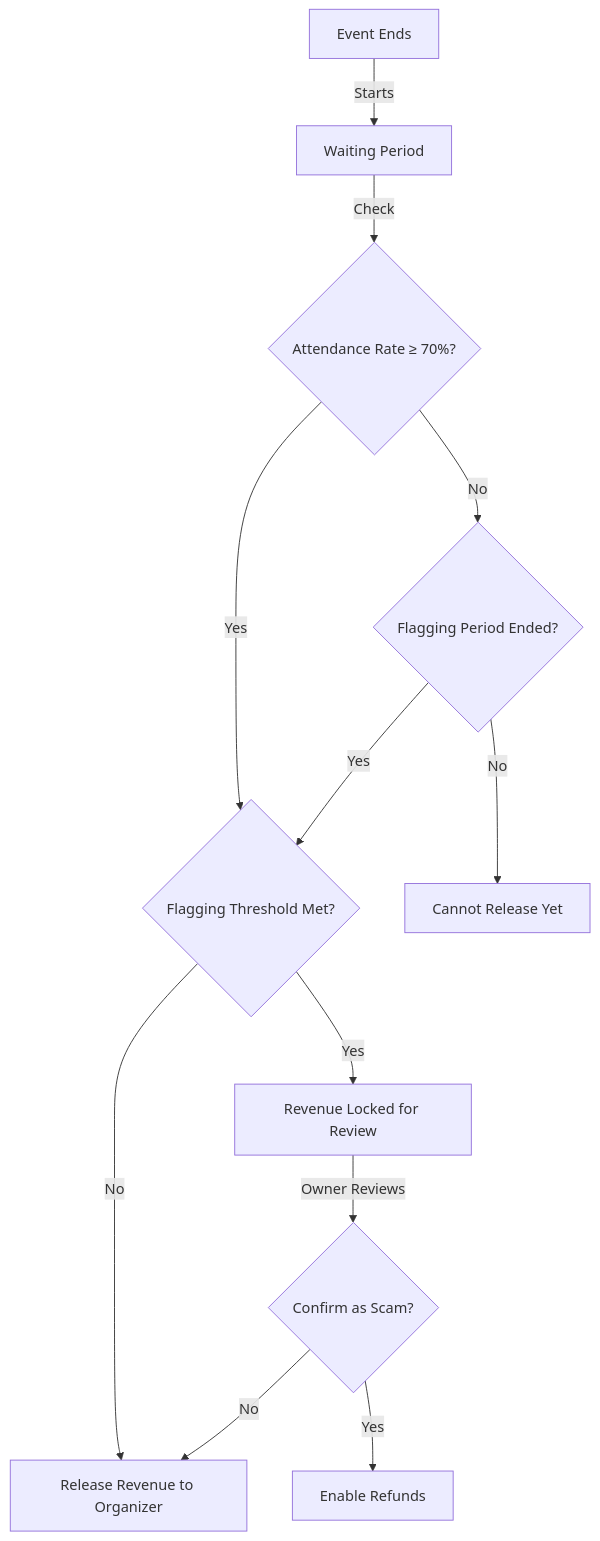
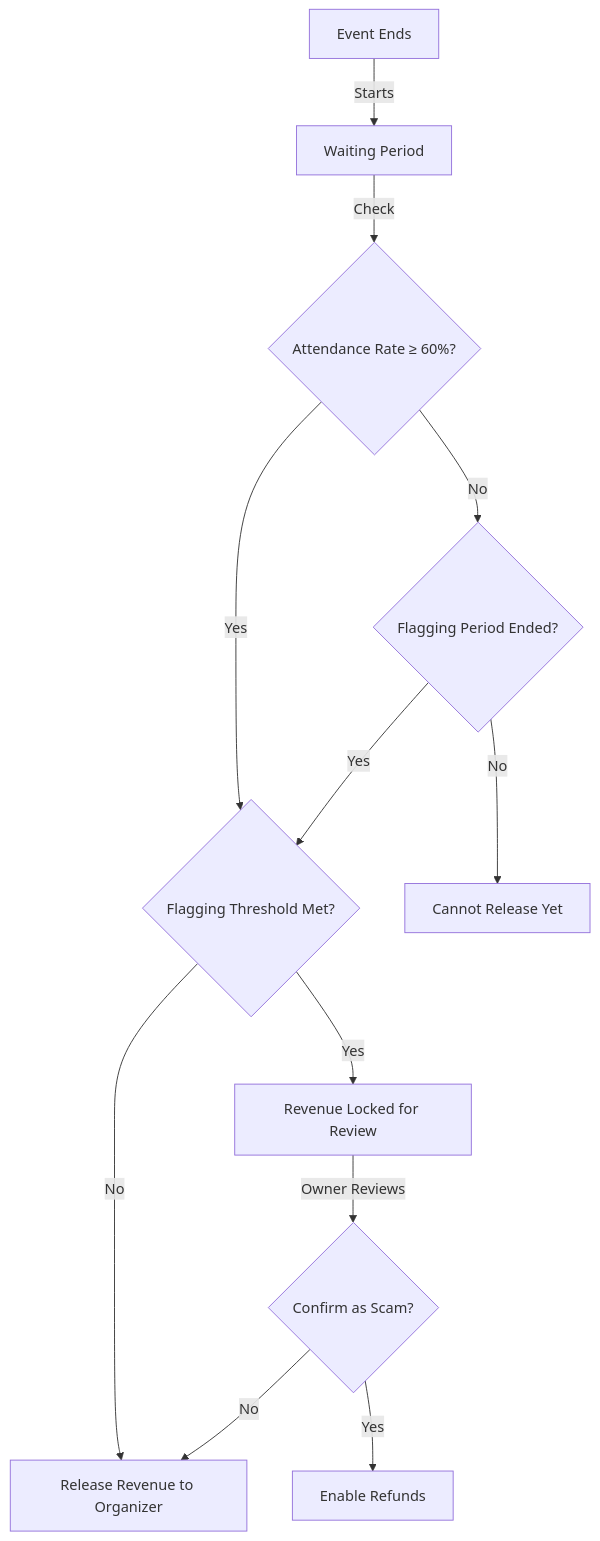
One commit to DevBigEazi/TicketCity changed the fourth of 6 diagrams in README.md. Above: the diagram before and after it, drawn with Mermaid. The commit also changed other lines of this file and 4 other files, not shown here.

````diff
--- a/README.md
+++ b/README.md
@@ -293,14 +315,14 @@
 ```mermaid
     graph TD
     A[Event Ends] -->|Starts| B[Waiting Period]
-    B -->|Check| C{Attendance Rate ≥ 70%?}
+    B -->|Check| C{Attendance Rate ≥ 60%?}
     C -->|Yes| D{Flagging Threshold Met?}
     C -->|No| E{Flagging Period Ended?}
     E -->|Yes| D
     E -->|No| F[Cannot Release Yet]
     D -->|No| G[Release Revenue to Organizer]
     D -->|Yes| H[Revenue Locked for Review]
     H -->|Owner Reviews| I{Confirm as Scam?}
     I -->|Yes| J[Enable Refunds]
     I -->|No| G
 ```
````
